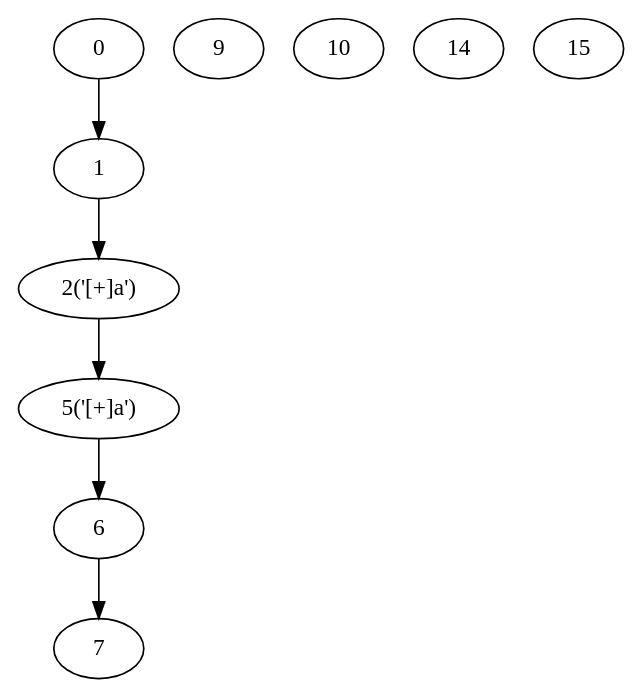
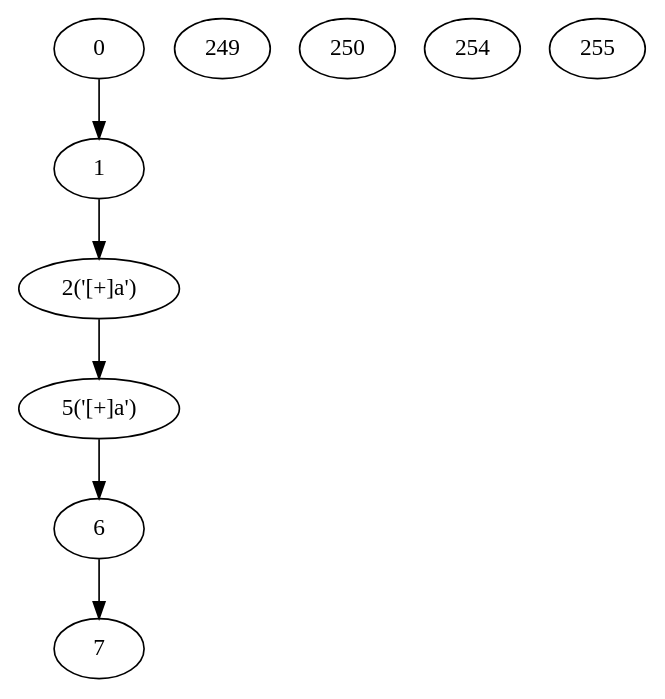
The diagram in NRegex.Test/Graphs/TestMethod13.dot (yyl-20020115/NRegEx), drawn with Graphviz before and after one commit. The commit also changed 5 other files, not shown here.

```diff
--- a/NRegex.Test/Graphs/TestMethod13.dot
+++ b/NRegex.Test/Graphs/TestMethod13.dot
@@ -1,17 +1,17 @@
 digraph g {
 	0 ;
 	1 ;
 	2 [label="2('[+]a')"];
 	5 [label="5('[+]a')"];
 	6 ;
 	7 ;
-	9 ;
-	10 ;
-	14 ;
-	15 ;
+	249 ;
+	250 ;
+	254 ;
+	255 ;
 	0->1;
 	1->2;
 	2->5;
 	5->6;
 	6->7;
 }
```
